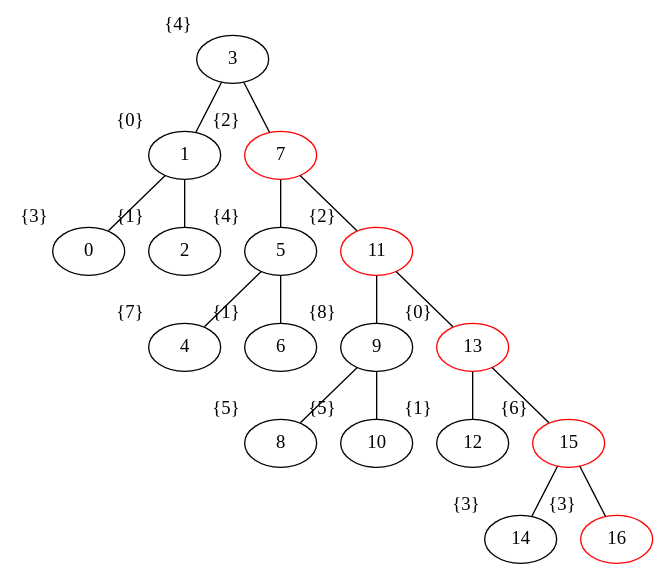
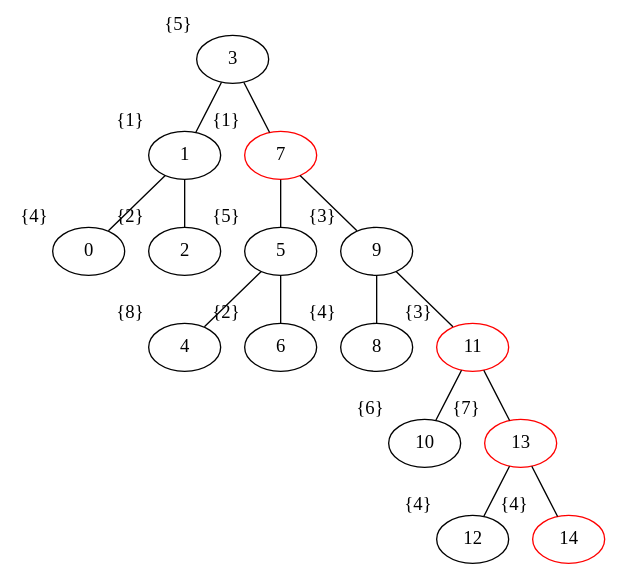
Before and after one commit to dgcnz/fully-dynamic-connectivity: the diagram in exports/dot/euler1.dot, drawn with Graphviz. The commit also changed 38 other files, not shown here.

```diff
--- a/exports/dot/euler1.dot
+++ b/exports/dot/euler1.dot
@@ -1,43 +1,39 @@
 strict graph {
-3 [color=black xlabel="{4}" ]
-1 [color=black xlabel="{0}" ]
-0 [color=black xlabel="{3}" ]
-2 [color=black xlabel="{1}" ]
-7 [color=red xlabel="{2}" ]
-5 [color=black xlabel="{4}" ]
-4 [color=black xlabel="{7}" ]
-6 [color=black xlabel="{1}" ]
-11 [color=red xlabel="{2}" ]
-9 [color=black xlabel="{8}" ]
-8 [color=black xlabel="{5}" ]
-10 [color=black xlabel="{5}" ]
-13 [color=red xlabel="{0}" ]
-12 [color=black xlabel="{1}" ]
-15 [color=red xlabel="{6}" ]
-14 [color=black xlabel="{3}" ]
-16 [color=red xlabel="{3}" ]
+3 [color=black xlabel="{5}" ]
+1 [color=black xlabel="{1}" ]
+0 [color=black xlabel="{4}" ]
+2 [color=black xlabel="{2}" ]
+7 [color=red xlabel="{1}" ]
+5 [color=black xlabel="{5}" ]
+4 [color=black xlabel="{8}" ]
+6 [color=black xlabel="{2}" ]
+9 [color=black xlabel="{3}" ]
+8 [color=black xlabel="{4}" ]
+11 [color=red xlabel="{3}" ]
+10 [color=black xlabel="{6}" ]
+13 [color=red xlabel="{7}" ]
+12 [color=black xlabel="{4}" ]
+14 [color=red xlabel="{4}" ]
 
 3 -- 1
 3 -- 7
 1 -- 0
 1 -- 2
 7 -- 5
-7 -- 11
+7 -- 9
 5 -- 4
 5 -- 6
-11 -- 9
+9 -- 8
+9 -- 11
+11 -- 10
 11 -- 13
-9 -- 8
-9 -- 10
 13 -- 12
-13 -- 15
-15 -- 14
-15 -- 16
+13 -- 14
 
 {rank=same; 3; }
 {rank=same; 1; 7; }
-{rank=same; 0; 2; 5; 11; }
-{rank=same; 4; 6; 9; 13; }
-{rank=same; 8; 10; 12; 15; }
-{rank=same; 14; 16; }
+{rank=same; 0; 2; 5; 9; }
+{rank=same; 4; 6; 8; 11; }
+{rank=same; 10; 13; }
+{rank=same; 12; 14; }
 }
```
